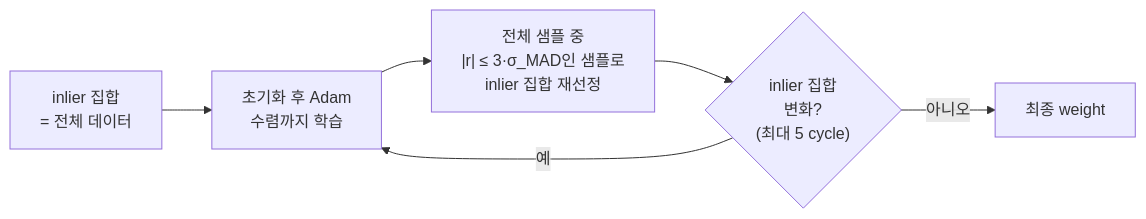
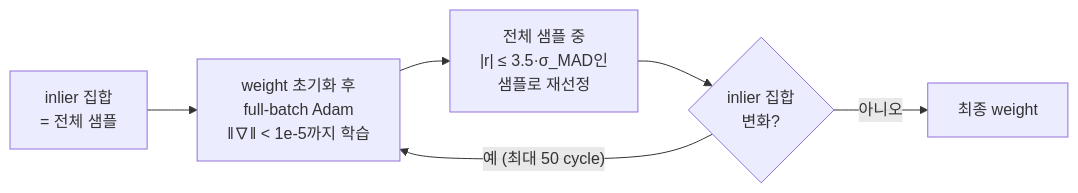
The second of 2 diagrams in README.md (donghyeoni/outlier-linear-regression), drawn with Mermaid before and after one commit. The commit also changed other lines of this file and 92 other files, not shown here.

````diff
--- a/README.md
+++ b/README.md
@@ -106,8 +41,8 @@
 ```mermaid
 flowchart LR
-    S["inlier 집합<br/>= 전체 데이터"] --> T["초기화 후 Adam<br/>수렴까지 학습"]
-    T --> R["전체 샘플 중<br/>|r| ≤ 3·σ_MAD인 샘플로<br/>inlier 집합 재선정"]
-    R --> D{"inlier 집합<br/>변화?<br/>(최대 5 cycle)"}
-    D -- "예" --> T
+    S["inlier 집합<br/>= 전체 샘플"] --> T["weight 초기화 후<br/>full-batch Adam<br/>‖∇‖ < 1e-5까지 학습"]
+    T --> R["전체 샘플 중<br/>|r| ≤ 3.5·σ_MAD인<br/>샘플로 재선정"]
+    R --> D{"inlier 집합<br/>변화?"}
+    D -- "예 (최대 50 cycle)" --> T
     D -- "아니오" --> E["최종 weight"]
 ```
````
